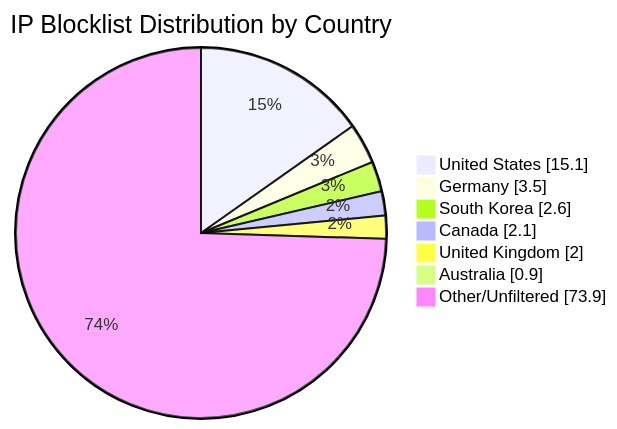
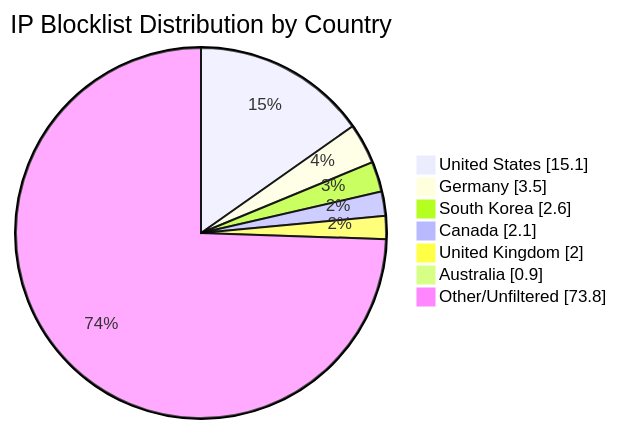
Before and after one commit to MarcusHoltz/ipblocklist-geofiltered-aggregator: the diagram in README.md, drawn with Mermaid. The commit also changed other lines of this file and 9 other files, not shown here.

````diff
--- a/README.md
+++ b/README.md
@@ -34,10 +34,10 @@
 ```mermaid
 pie showData title IP Blocklist Distribution by Country
 "United States" : 15.1
 "Germany" : 3.5
 "South Korea" : 2.6
 "Canada" : 2.1
 "United Kingdom" : 2.0
 "Australia" : 0.9
-"Other/Unfiltered" : 73.9
+"Other/Unfiltered" : 73.8
 ```
````
